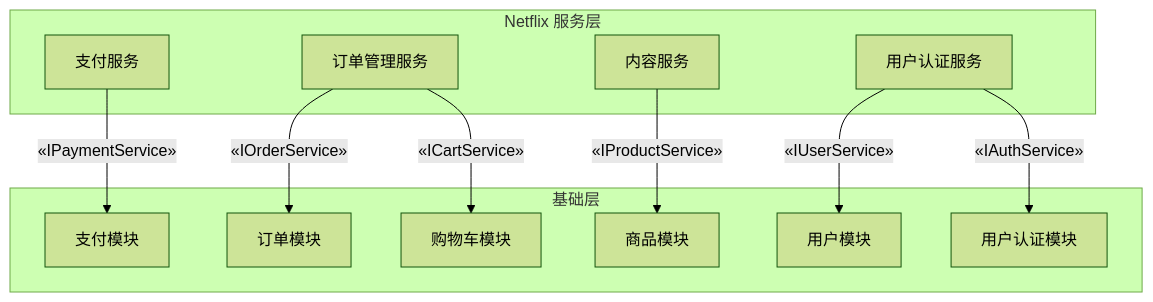
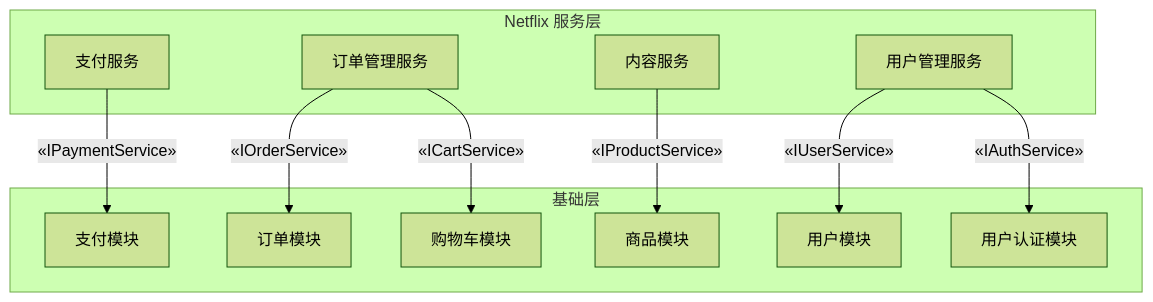
Before and after one commit to yingfeidai/design-insights: the sixth of 6 diagrams in scalable-modular-architecture/README.zh.md, drawn with Mermaid (forest theme). The commit also changed other lines of this file, not shown here.

````diff
--- a/scalable-modular-architecture/README.zh.md
+++ b/scalable-modular-architecture/README.zh.md
@@ -497,28 +497,28 @@
 ```mermaid
 flowchart TD
     %% Netflix 服务层
     subgraph NetflixServiceLayer["Netflix 服务层"]
         NetflixPaymentService["支付服务"]
         NetflixOrderService["订单管理服务"]
         NetflixContentService["内容服务"]
-        NetflixUserService["用户认证服务"]
+        NetflixUserService["用户管理服务"]
     end
 
     %% 基础层
     subgraph FoundationLayer["基础层"]
         PaymentModule["支付模块"]
         OrderModule["订单模块"]
         CartModule["购物车模块"]
         ProductModule["商品模块"]
         UserModule["用户模块"]
         AuthModule["用户认证模块"]
     end
 
     %% 连接 - 通过接口连接服务和基础层
     NetflixPaymentService --> |«IPaymentService»| PaymentModule
     NetflixOrderService --> |«IOrderService»| OrderModule
     NetflixOrderService --> |«ICartService»| CartModule
     NetflixUserService --> |«IUserService»| UserModule
     NetflixUserService --> |«IAuthService»| AuthModule
     NetflixContentService --> |«IProductService»| ProductModule
 ```
````
